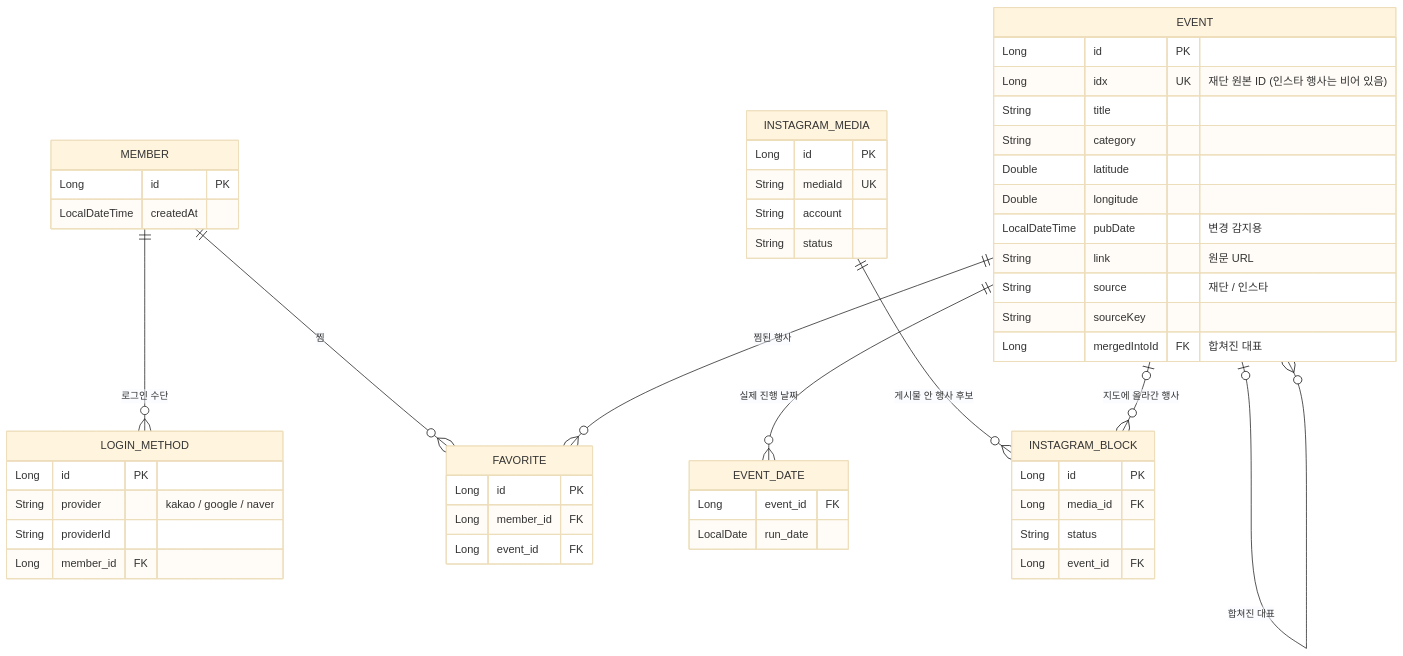
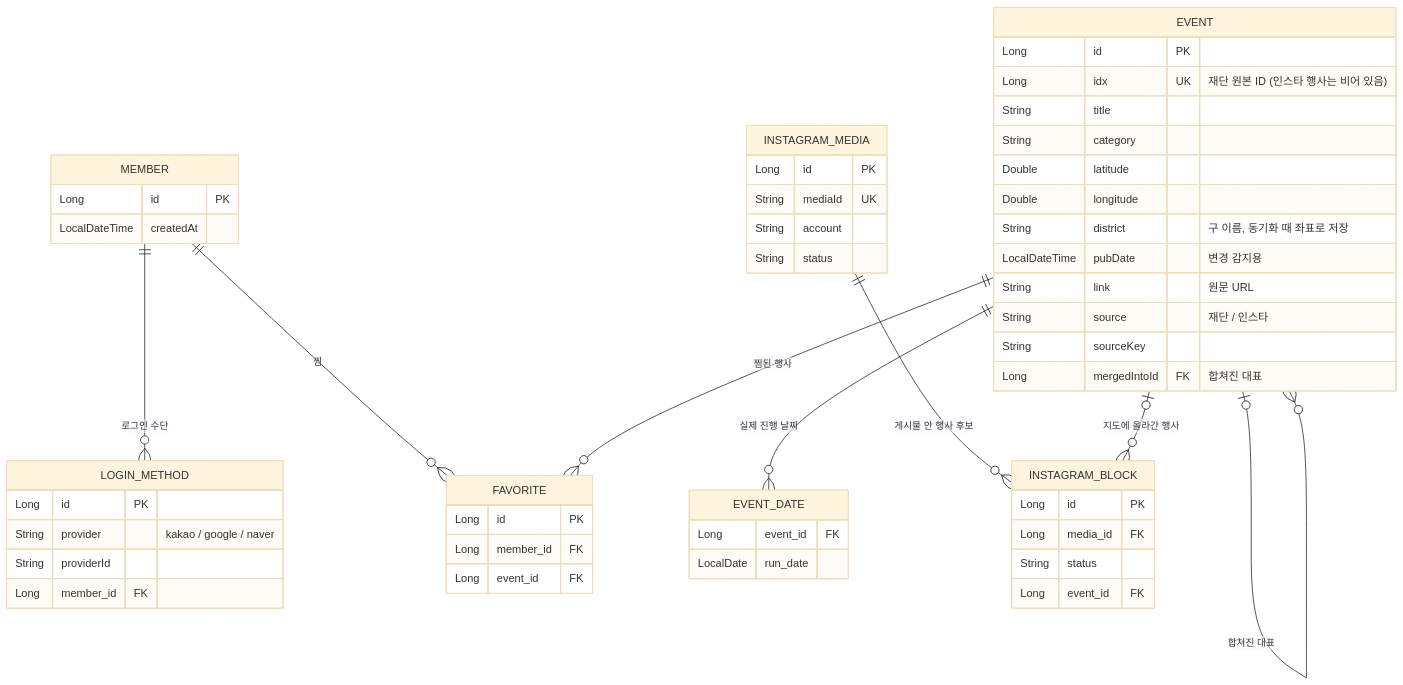
The diagram in README.md (gwhong-dev/SuwonCultureMap), drawn with Mermaid (base theme) before and after one commit. The commit also changed other lines of this file and 3 other files, not shown here.

````diff
--- a/README.md
+++ b/README.md
@@ -77,55 +78,56 @@
 ```mermaid
 erDiagram
     MEMBER ||--o{ LOGIN_METHOD : "로그인 수단"
     MEMBER ||--o{ FAVORITE : "찜"
     EVENT  ||--o{ FAVORITE : "찜된 행사"
     EVENT  |o--o{ EVENT : "합쳐진 대표"
     EVENT  ||--o{ EVENT_DATE : "실제 진행 날짜"
     INSTAGRAM_MEDIA ||--o{ INSTAGRAM_BLOCK : "게시물 안 행사 후보"
     EVENT  |o--o{ INSTAGRAM_BLOCK : "지도에 올라간 행사"
 
     MEMBER {
         Long id PK
         LocalDateTime createdAt
     }
     LOGIN_METHOD {
         Long id PK
         String provider "kakao / google / naver"
         String providerId
         Long member_id FK
     }
     EVENT {
         Long id PK
         Long idx UK "재단 원본 ID (인스타 행사는 비어 있음)"
         String title
         String category
         Double latitude
         Double longitude
+        String district "구 이름, 동기화 때 좌표로 저장"
         LocalDateTime pubDate "변경 감지용"
         String link "원문 URL"
         String source "재단 / 인스타"
         String sourceKey
         Long mergedIntoId FK "합쳐진 대표"
     }
     EVENT_DATE {
         Long event_id FK
         LocalDate run_date
     }
     INSTAGRAM_MEDIA {
         Long id PK
         String mediaId UK
         String account
         String status
     }
     INSTAGRAM_BLOCK {
         Long id PK
         Long media_id FK
         String status
         Long event_id FK
     }
     FAVORITE {
         Long id PK
         Long member_id FK
         Long event_id FK
     }
 ```
````
